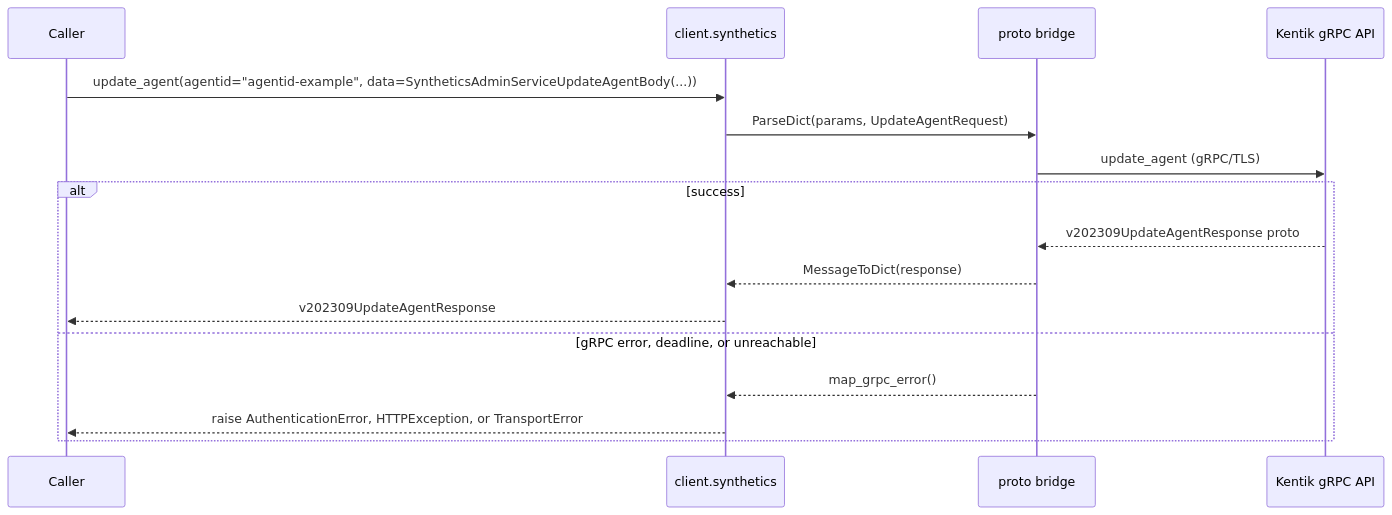
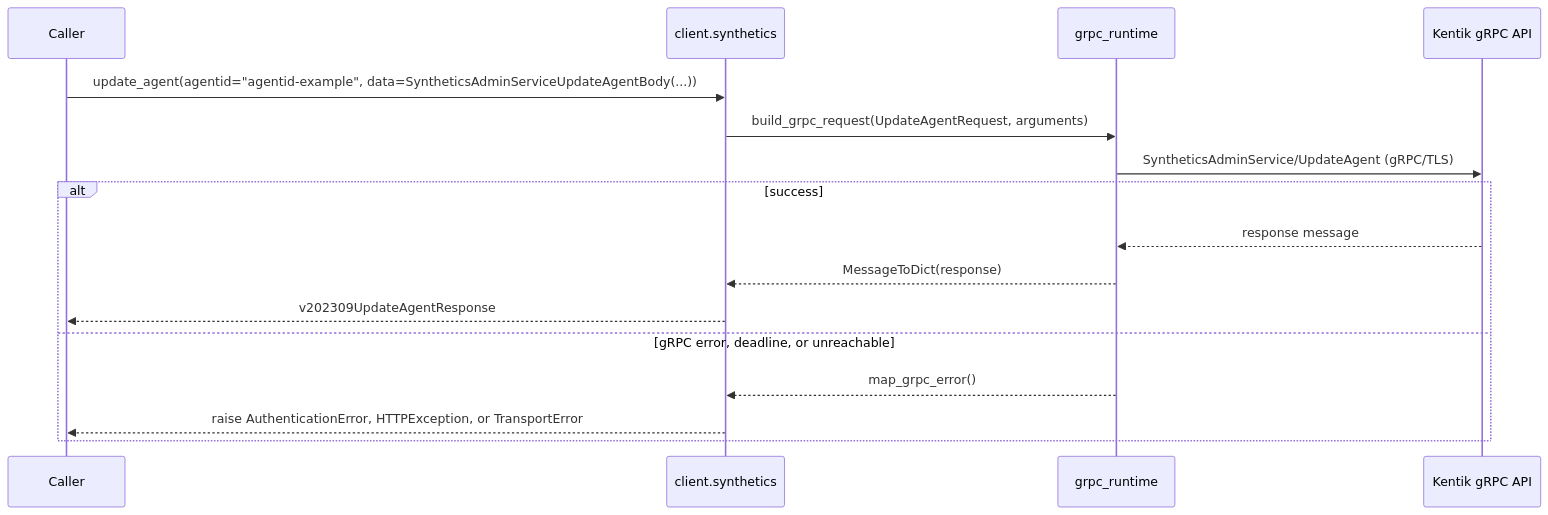
Before and after one commit to alexdearaujo/community_sdk_python: diagram 17 of 38 in docs/sphinx/services/synthetics.md, drawn with Mermaid. The commit also changed other lines of this file and 37 other files, not shown here.

First line of the commit message:
docs: show the real RPC in each service page's gRPC diagram

````diff
--- a/docs/sphinx/services/synthetics.md
+++ b/docs/sphinx/services/synthetics.md
@@ -585,19 +585,19 @@
 ```mermaid
 sequenceDiagram
     participant C as Caller
     participant W as client.synthetics
-    participant B as proto bridge
+    participant R as grpc_runtime
     participant API as Kentik gRPC API
 
     C->>W: update_agent(agentid="agentid-example", data=SyntheticsAdminServiceUpdateAgentBody(...))
-    W->>B: ParseDict(params, UpdateAgentRequest)
-    B->>API: update_agent (gRPC/TLS)
+    W->>R: build_grpc_request(UpdateAgentRequest, arguments)
+    R->>API: SyntheticsAdminService/UpdateAgent (gRPC/TLS)
     alt success
-        API-->>B: v202309UpdateAgentResponse proto
-        B-->>W: MessageToDict(response)
+        API-->>R: response message
+        R-->>W: MessageToDict(response)
         W-->>C: v202309UpdateAgentResponse
     else gRPC error, deadline, or unreachable
-        B-->>W: map_grpc_error()
+        R-->>W: map_grpc_error()
         W-->>C: raise AuthenticationError, HTTPException, or TransportError
     end
 ```
````
